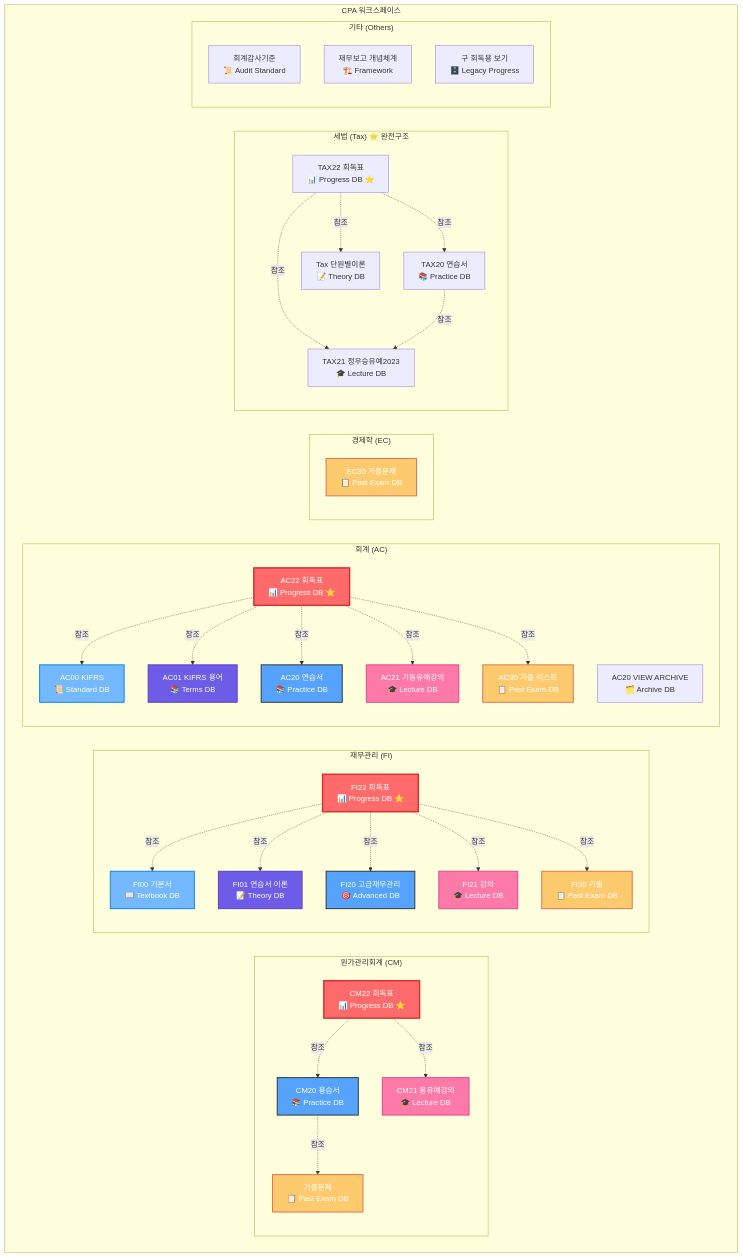
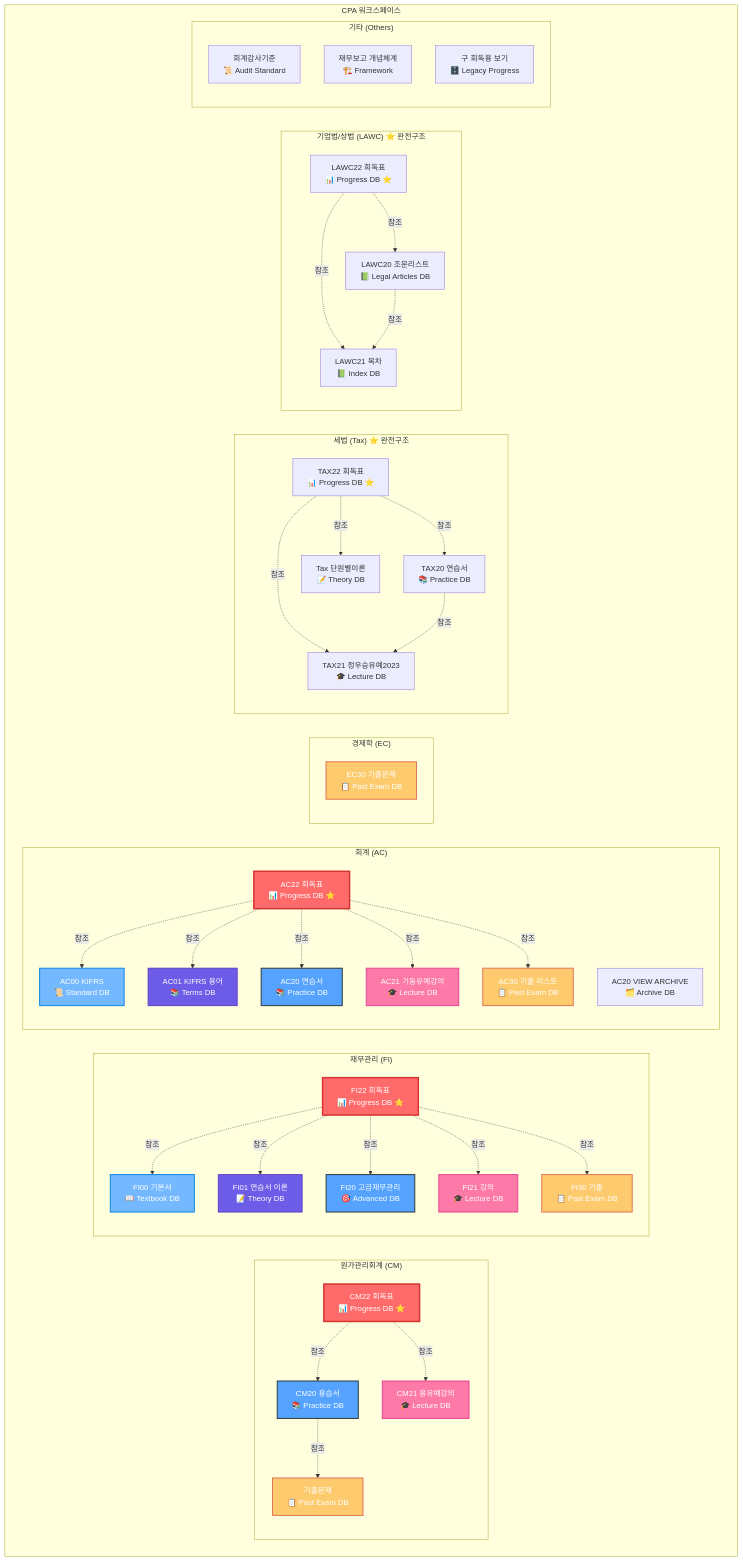
Before and after one commit to lunaticaug/cpa-exams: the diagram in docs/_notion/cpa_db_architecture.md, drawn with Mermaid. The commit also changed other lines of this file and 2 other files, not shown here.

```diff
--- a/docs/_notion/cpa_db_architecture.md
+++ b/docs/_notion/cpa_db_architecture.md
@@ -84,6 +85,16 @@
             TAX20 -.->|참조| TAX21
         end
         
+        subgraph "기업법/상법 (LAWC) ⭐ 완전구조"
+            LAWC20[LAWC20 조문리스트<br/>📗 Legal Articles DB]
+            LAWC21[LAWC21 목차<br/>📗 Index DB]
+            LAWC22[LAWC22 회독표<br/>📊 Progress DB ⭐]
+            
+            LAWC22 -.->|참조| LAWC20
+            LAWC22 -.->|참조| LAWC21
+            LAWC20 -.->|참조| LAWC21
+        end
+        
         subgraph "기타 (Others)"
             AUDIT[회계감사기준<br/>📜 Audit Standard]
             FRAME[재무보고 개념체계<br/>🏗️ Framework]
```
